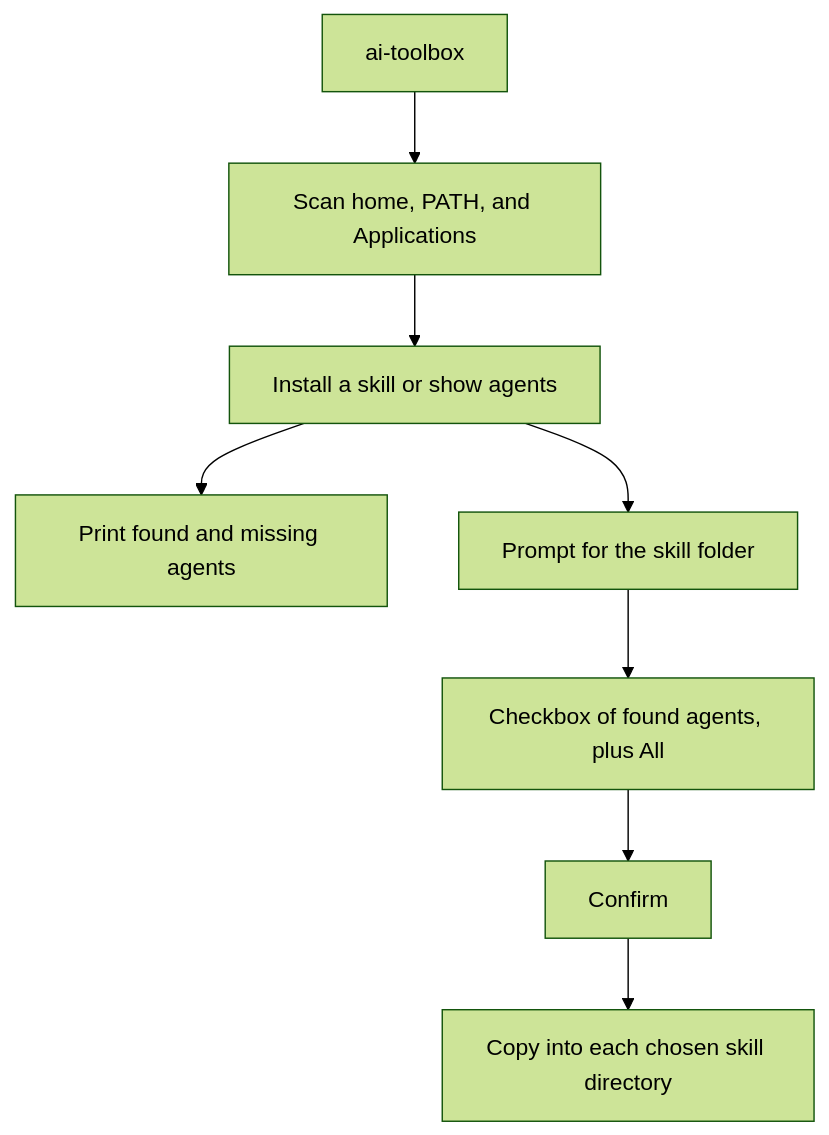
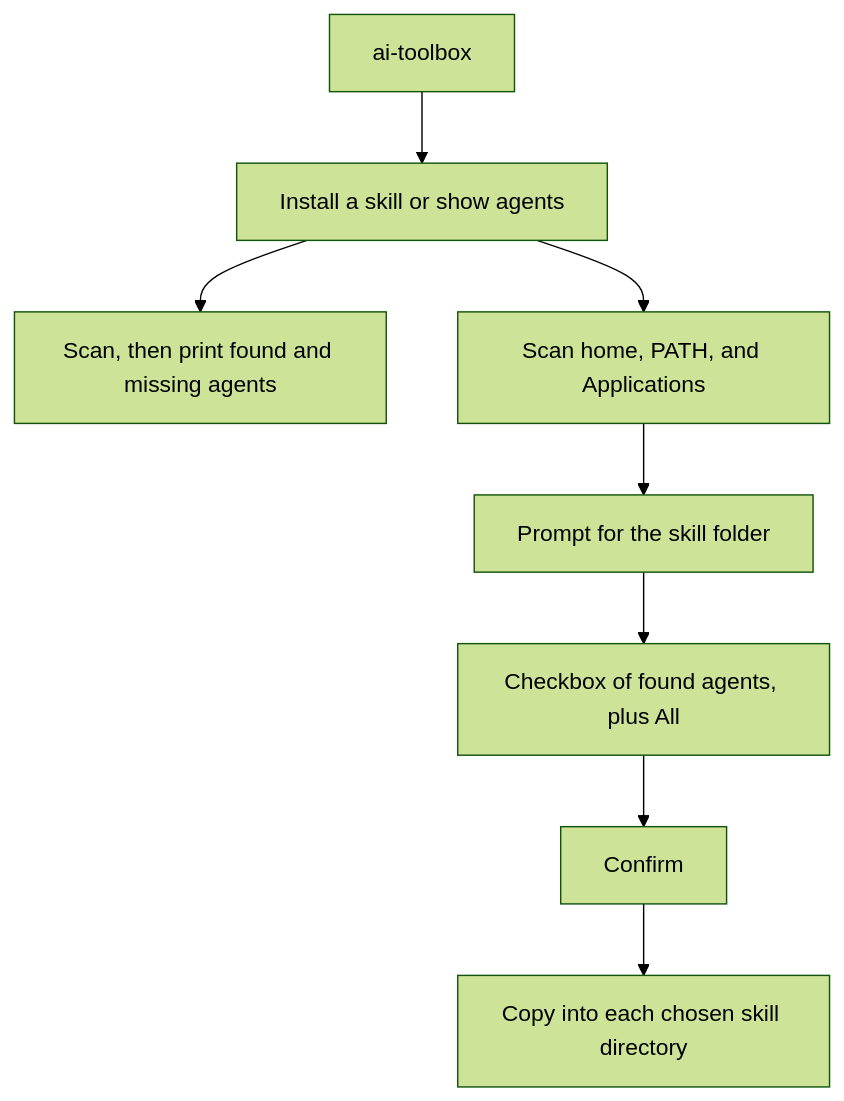
One commit to coderdark/ai-tools changed the diagram in PLAN.md. Above: the diagram before and after it, drawn with Mermaid (forest theme). The commit also changed other lines of this file and 2 other files, not shown here.

````diff
--- a/PLAN.md
+++ b/PLAN.md
@@ -25,10 +25,10 @@
 ```mermaid
 flowchart TD
-  start["ai-toolbox"] --> scan["Scan home, PATH, and Applications"]
-  scan --> menu["Install a skill or show agents"]
-  menu --> show["Print found and missing agents"]
-  menu --> path["Prompt for the skill folder"]
+  start["ai-toolbox"] --> menu["Install a skill or show agents"]
+  menu --> show["Scan, then print found and missing agents"]
+  menu --> scan["Scan home, PATH, and Applications"]
+  scan --> path["Prompt for the skill folder"]
   path --> pick["Checkbox of found agents, plus All"]
   pick --> confirm["Confirm"]
   confirm --> copy["Copy into each chosen skill directory"]
 ```
````
